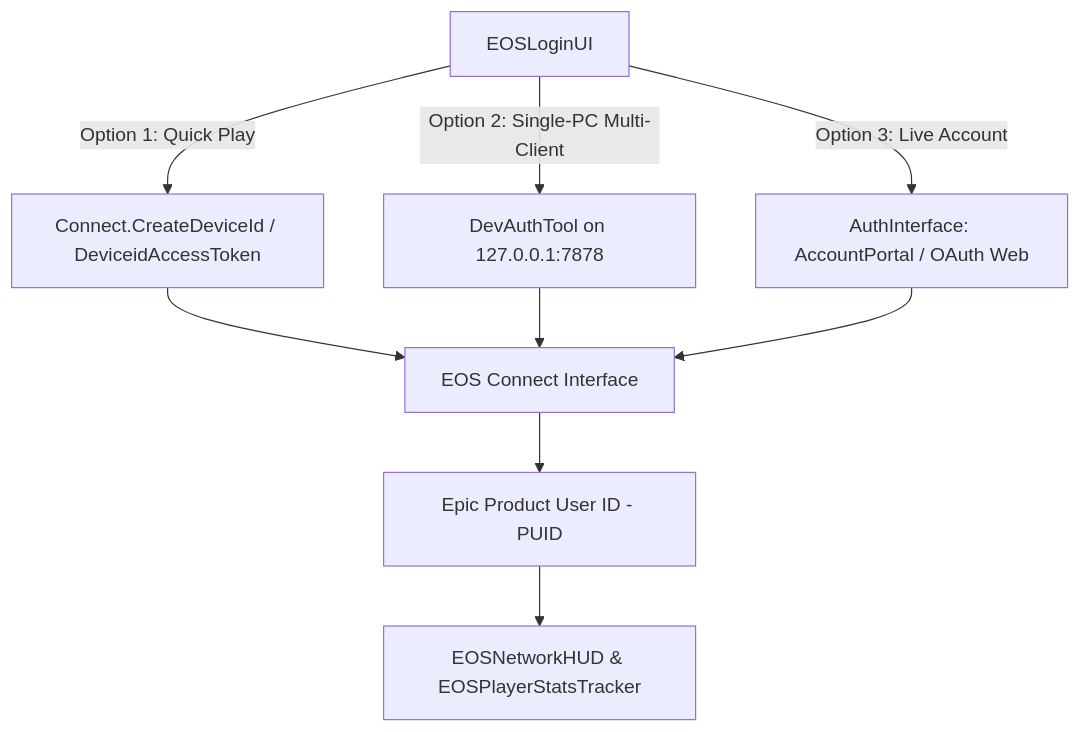
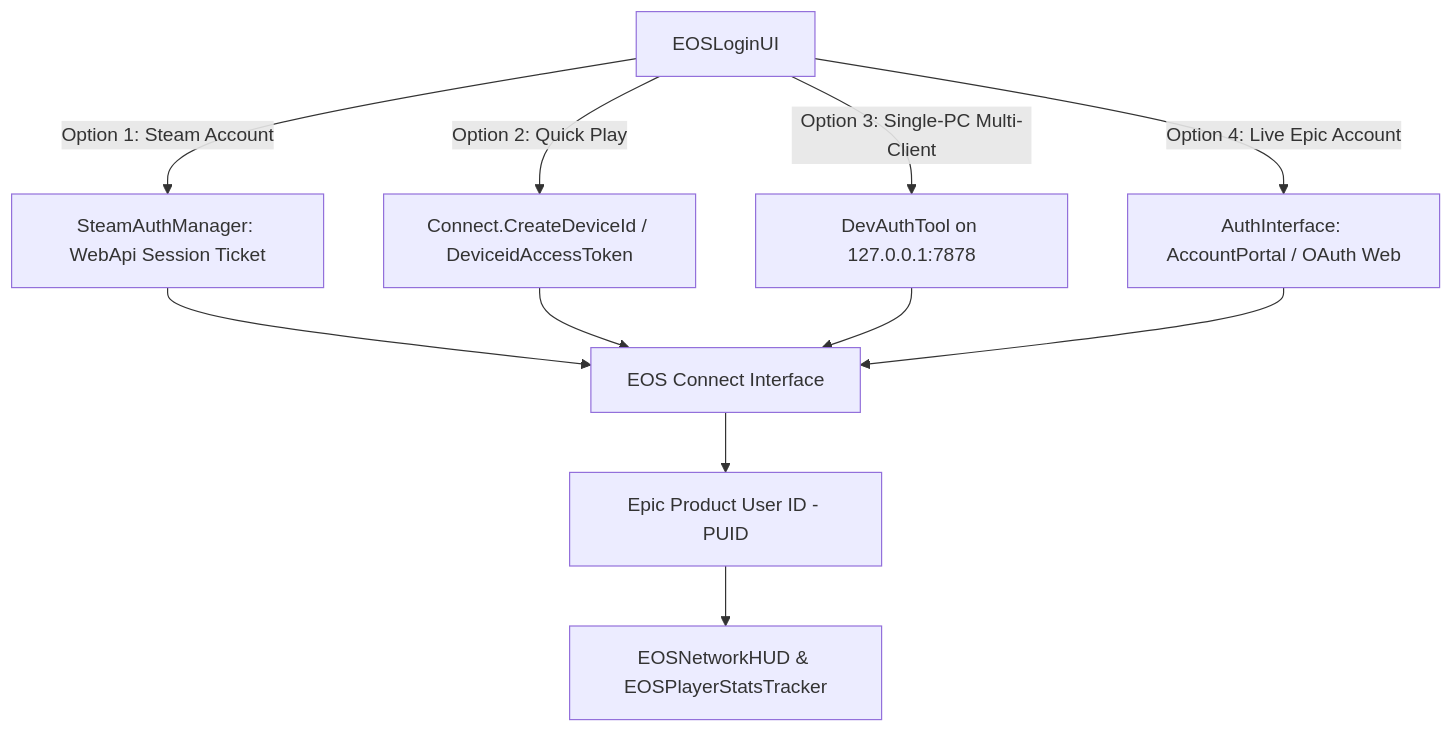
Before and after one commit to Tahacj/JustAGame-Ventures-Case: the first of 3 diagrams in EOS_INTEGRATION_GUIDE.md, drawn with Mermaid. The commit also changed other lines of this file and 17 other files, not shown here.

````diff
--- a/EOS_INTEGRATION_GUIDE.md
+++ b/EOS_INTEGRATION_GUIDE.md
@@ -153,13 +158,15 @@
 ```mermaid
 graph TD
-    UI[EOSLoginUI] -->|Option 1: Quick Play| Guest[Connect.CreateDeviceId / DeviceidAccessToken]
-    UI -->|Option 2: Single-PC Multi-Client| DevAuth[DevAuthTool on 127.0.0.1:7878]
-    UI -->|Option 3: Live Account| EAS[AuthInterface: AccountPortal / OAuth Web]
+    UI[EOSLoginUI] -->|Option 1: Steam Account| Steam[SteamAuthManager: WebApi Session Ticket]
+    UI -->|Option 2: Quick Play| Guest[Connect.CreateDeviceId / DeviceidAccessToken]
+    UI -->|Option 3: Single-PC Multi-Client| DevAuth[DevAuthTool on 127.0.0.1:7878]
+    UI -->|Option 4: Live Epic Account| EAS[AuthInterface: AccountPortal / OAuth Web]
     
-    Guest --> ConnectInterface[EOS Connect Interface]
+    Steam --> ConnectInterface[EOS Connect Interface]
+    Guest --> ConnectInterface
     DevAuth --> ConnectInterface
     EAS --> ConnectInterface
     
     ConnectInterface --> PUID[Epic Product User ID - PUID]
     PUID --> Hub[EOSNetworkHUD & EOSPlayerStatsTracker]
 ```
````
